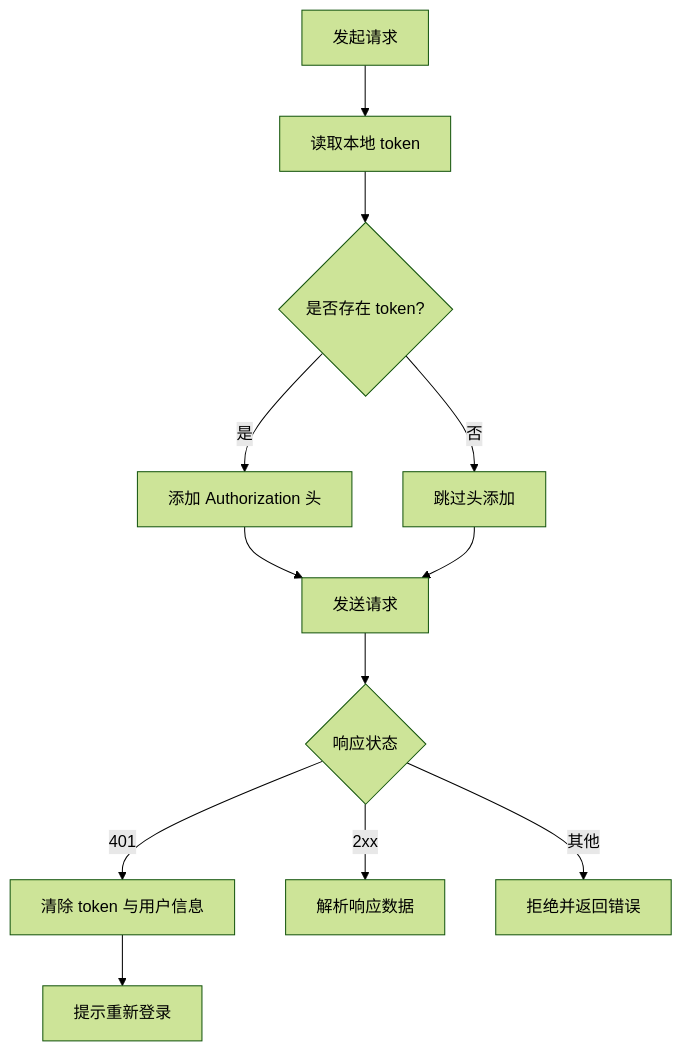
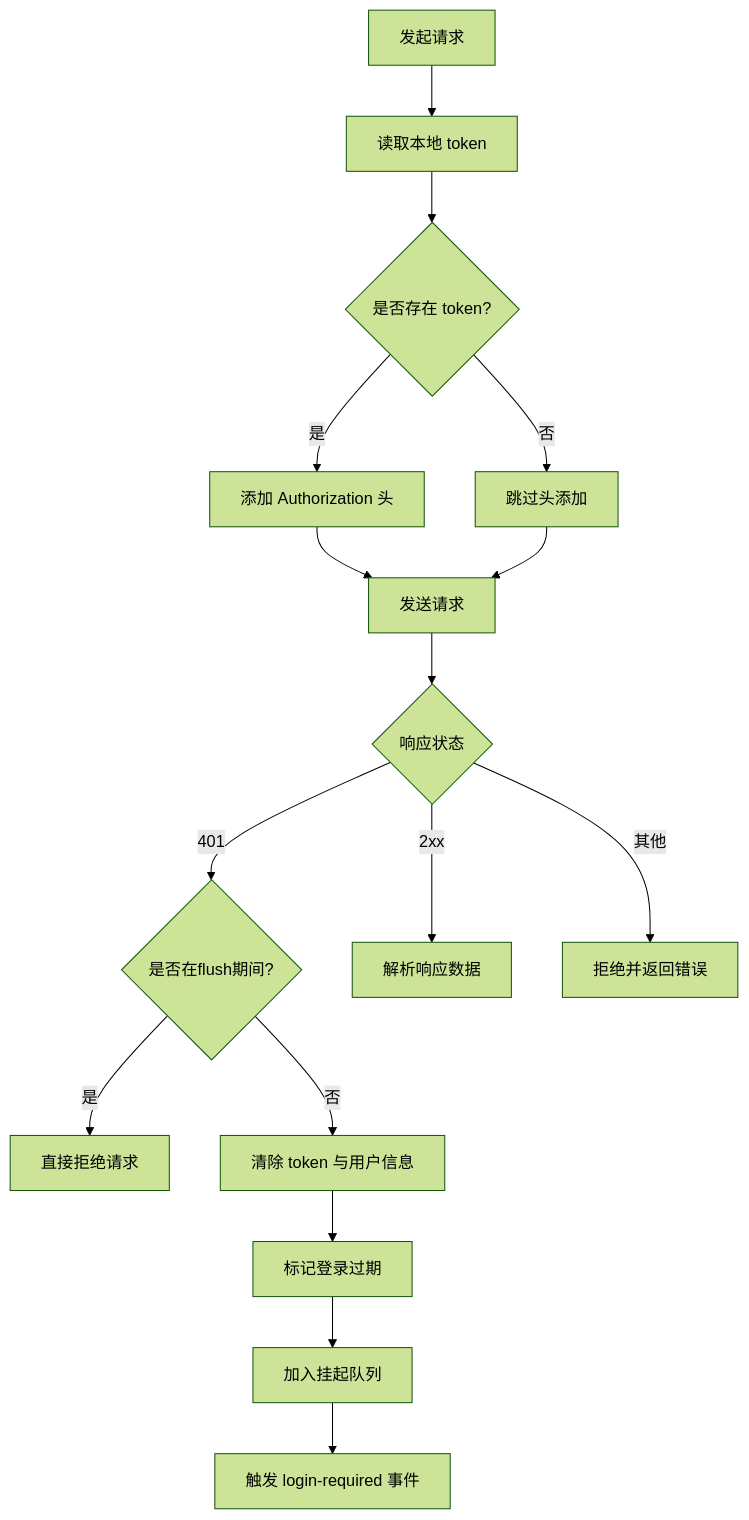
Before and after one commit to crazyma99/blueberry: the sixth of 13 diagrams in .qoder/repowiki/zh/content/核心功能模块/用户认证系统.md, drawn with Mermaid (forest theme). The commit also changed other lines of this file and 7 other files, not shown here.

````diff
--- a/.qoder/repowiki/zh/content/核心功能模块/用户认证系统.md
+++ b/.qoder/repowiki/zh/content/核心功能模块/用户认证系统.md
@@ -320,14 +340,18 @@
 ```mermaid
 flowchart TD
 ReqStart["发起请求"] --> GetToken["读取本地 token"]
 GetToken --> HasToken{"是否存在 token?"}
 HasToken --> |是| AddHeader["添加 Authorization 头"]
 HasToken --> |否| SkipHeader["跳过头添加"]
 AddHeader --> Send["发送请求"]
 SkipHeader --> Send
 Send --> Resp{"响应状态"}
-Resp --> |401| Clear["清除 token 与用户信息"]
-Clear --> Toast["提示重新登录"]
+Resp --> |401| CheckFlushing{"是否在flush期间?"}
+CheckFlushing --> |是| RejectDirect["直接拒绝请求"]
+CheckFlushing --> |否| Clear["清除 token 与用户信息"]
+Clear --> MarkExpired["标记登录过期"]
+MarkExpired --> Enqueue["加入挂起队列"]
+Enqueue --> EmitEvent["触发 login-required 事件"]
 Resp --> |2xx| Resolve["解析响应数据"]
 Resp --> |其他| Reject["拒绝并返回错误"]
 ```
````
